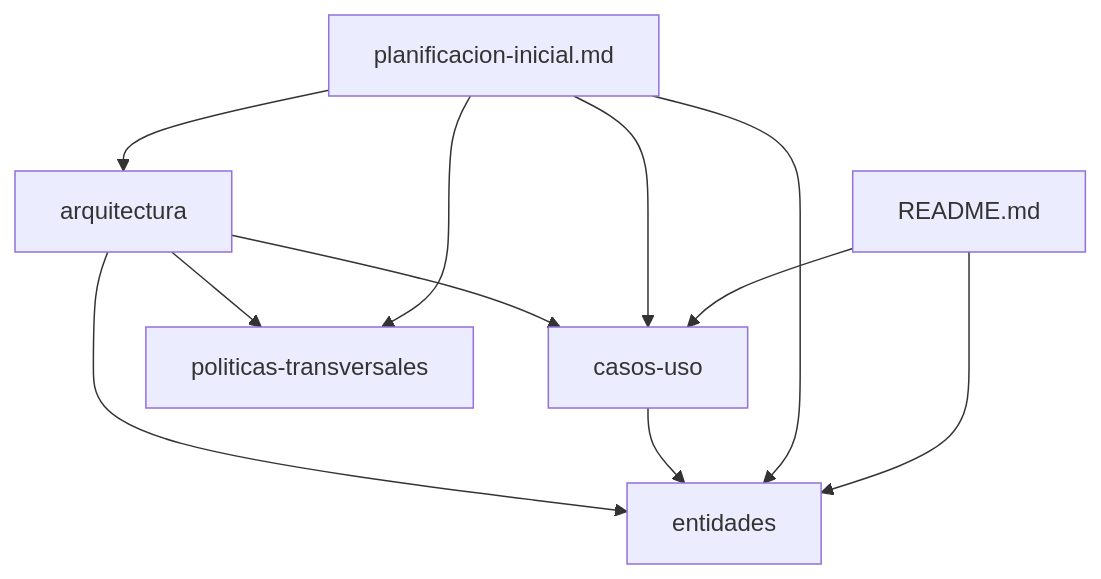
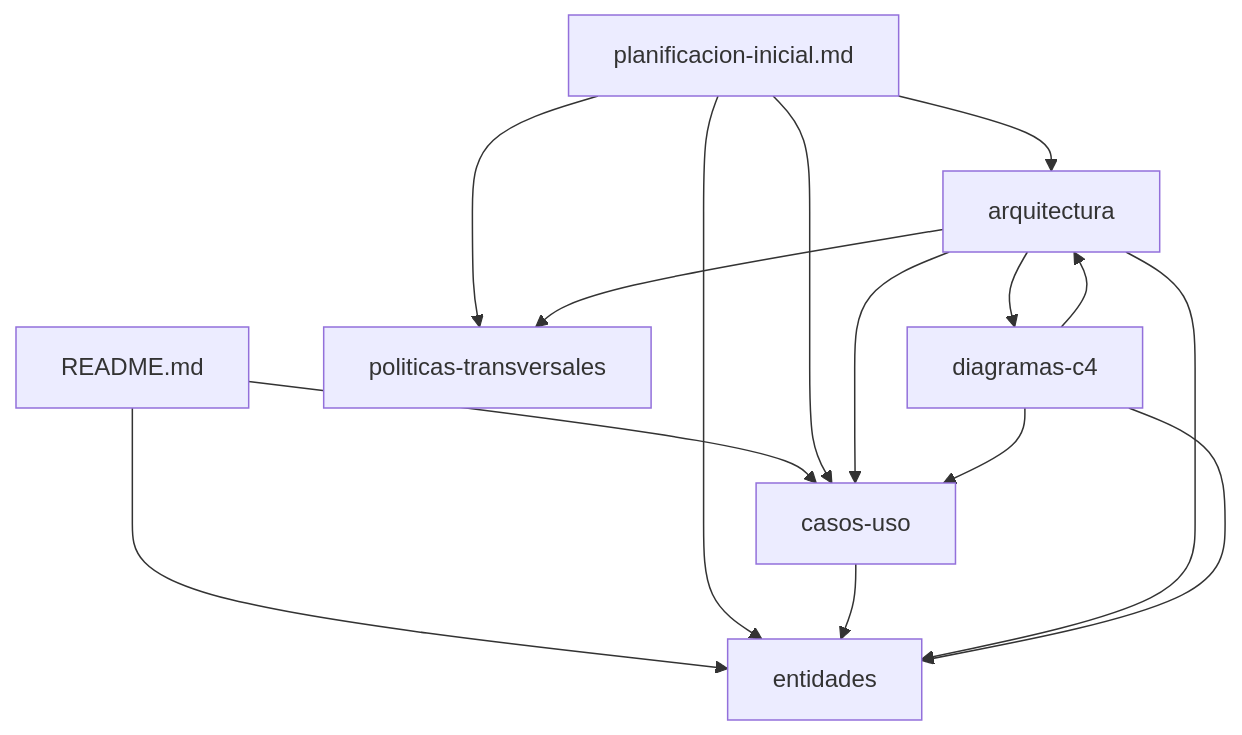
Before and after one commit to serpegon11710-byte/Planificacion_2.0: the diagram in docs/politicas-transversales/revision-principios-solid.md, drawn with Mermaid. The commit also changed other lines of this file and 35 other files, not shown here.

````diff
--- a/docs/politicas-transversales/revision-principios-solid.md
+++ b/docs/politicas-transversales/revision-principios-solid.md
@@ -154,20 +176,25 @@
 ```mermaid
 flowchart TD
     README[README.md]
     PLAN[planificacion-inicial.md]
     UC[casos-uso]
     ENT[entidades]
     POL[politicas-transversales]
     ARCH[arquitectura]
+    C4[diagramas-c4]
 
     README --> UC
     README --> ENT
     PLAN --> UC
     PLAN --> ENT
     PLAN --> ARCH
     PLAN --> POL
     UC --> ENT
     ARCH --> ENT
     ARCH --> UC
     ARCH --> POL
+    ARCH --> C4
+    C4 --> ENT
+    C4 --> UC
+    C4 --> ARCH
 ```
````
